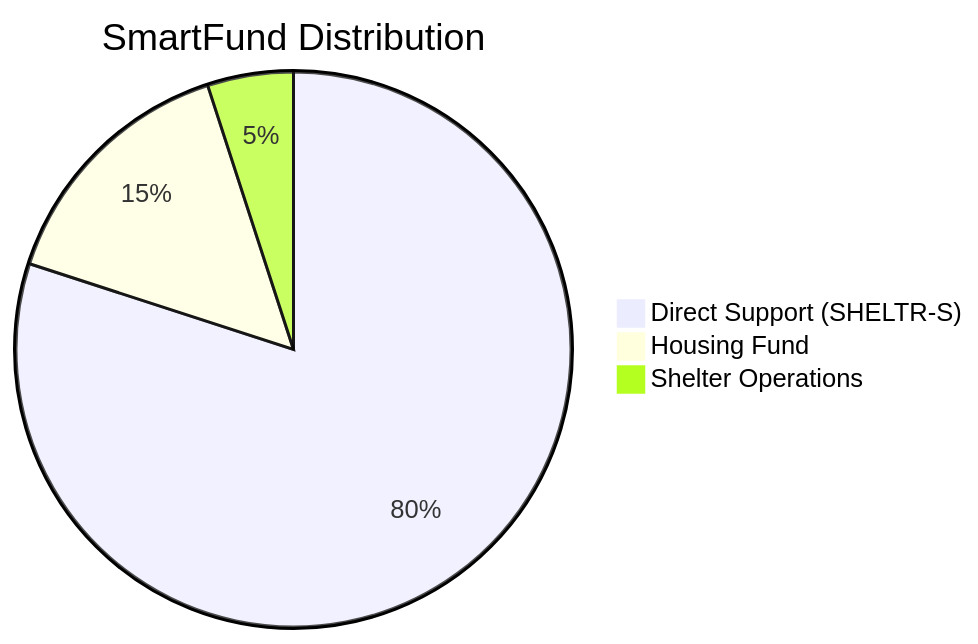
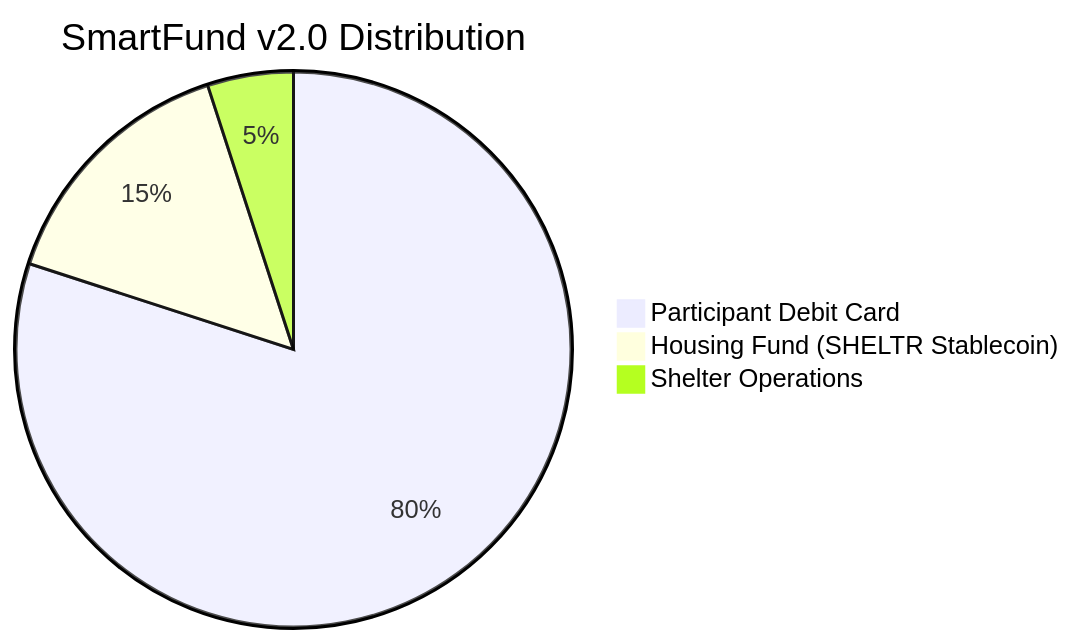
The diagram in docs/02-architecture/tokenomics/sheltr-tokenomics.md (mrj0nesmtl/sheltr-ai), drawn with Mermaid before and after one commit. The commit also changed other lines of this file, not shown here.

Commit message:
feat: update tokenomics document to align with single-token architecture

````diff
--- a/docs/02-architecture/tokenomics/sheltr-tokenomics.md
+++ b/docs/02-architecture/tokenomics/sheltr-tokenomics.md
@@ -65,6 +66,6 @@
 ```mermaid
-pie title SmartFund Distribution
-    "Direct Support (SHELTR-S)" : 80
-    "Housing Fund" : 15
+pie title SmartFund v2.0 Distribution
+    "Participant Debit Card" : 80
+    "Housing Fund (SHELTR Stablecoin)" : 15
     "Shelter Operations" : 5
 ```
````
